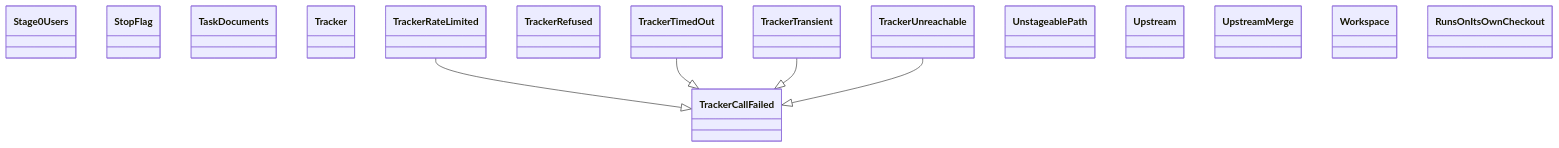
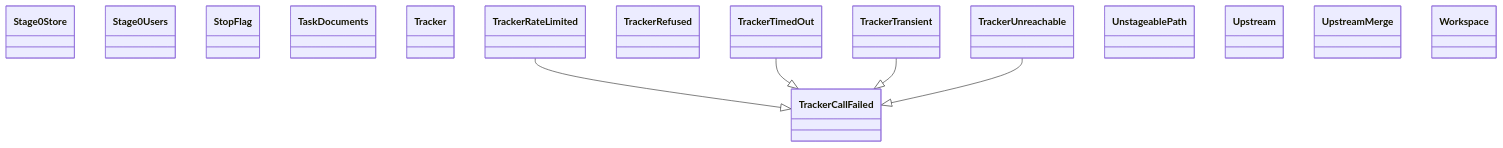
One commit to GonzaloZevallos/agentic-system changed the diagram in docs/architecture/generated/classes-process-application-support-6.md. Above: the diagram before and after it, drawn with Mermaid. The commit also changed 10 other files, not shown here.

````diff
--- a/docs/architecture/generated/classes-process-application-support-6.md
+++ b/docs/architecture/generated/classes-process-application-support-6.md
@@ -19,22 +19,22 @@
 ```mermaid
 classDiagram
+    class ports__Stage0Store["Stage0Store"]
     class ports__Stage0Users["Stage0Users"]
     class ports__StopFlag["StopFlag"]
     class ports__TaskDocuments["TaskDocuments"]
     class ports__Tracker["Tracker"]
     class ports__TrackerCallFailed["TrackerCallFailed"]
     class ports__TrackerRateLimited["TrackerRateLimited"]
     class ports__TrackerRefused["TrackerRefused"]
     class ports__TrackerTimedOut["TrackerTimedOut"]
     class ports__TrackerTransient["TrackerTransient"]
     class ports__TrackerUnreachable["TrackerUnreachable"]
     class ports__UnstageablePath["UnstageablePath"]
     class ports__Upstream["Upstream"]
     class ports__UpstreamMerge["UpstreamMerge"]
     class ports__Workspace["Workspace"]
-    class preflight__RunsOnItsOwnCheckout["RunsOnItsOwnCheckout"]
     ports__TrackerRateLimited --|> ports__TrackerCallFailed
     ports__TrackerTimedOut --|> ports__TrackerCallFailed
     ports__TrackerTransient --|> ports__TrackerCallFailed
     ports__TrackerUnreachable --|> ports__TrackerCallFailed
 ```
````
